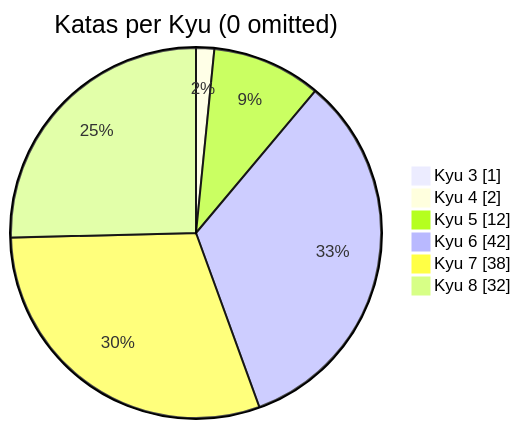
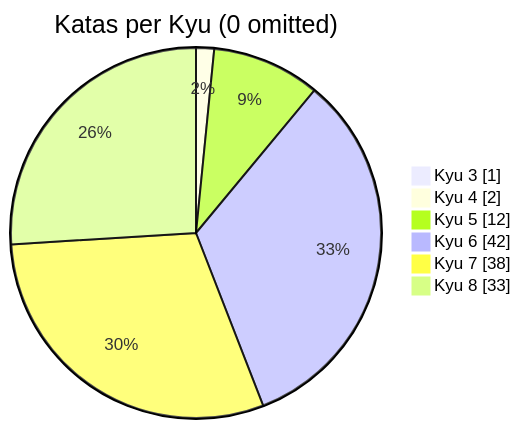
Before and after one commit to MauricioLudwig/codewars-typescript: the diagram in README.md, drawn with Mermaid. The commit also changed other lines of this file, not shown here.

````diff
--- a/README.md
+++ b/README.md
@@ -21,10 +21,10 @@
 ```mermaid
 pie showData
     title Katas per Kyu (0 omitted)
 	"Kyu 3": 1
 	"Kyu 4": 2
 	"Kyu 5": 12
 	"Kyu 6": 42
 	"Kyu 7": 38
-	"Kyu 8": 32
+	"Kyu 8": 33
 ```
````
